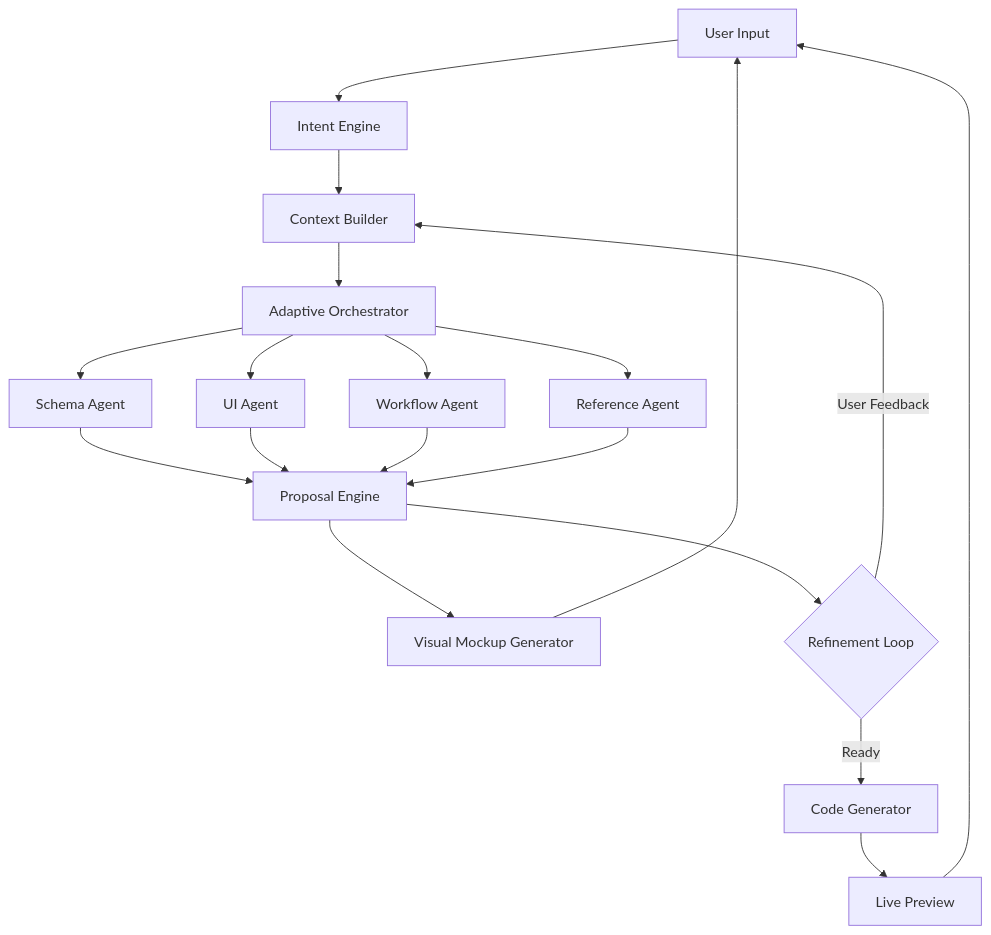
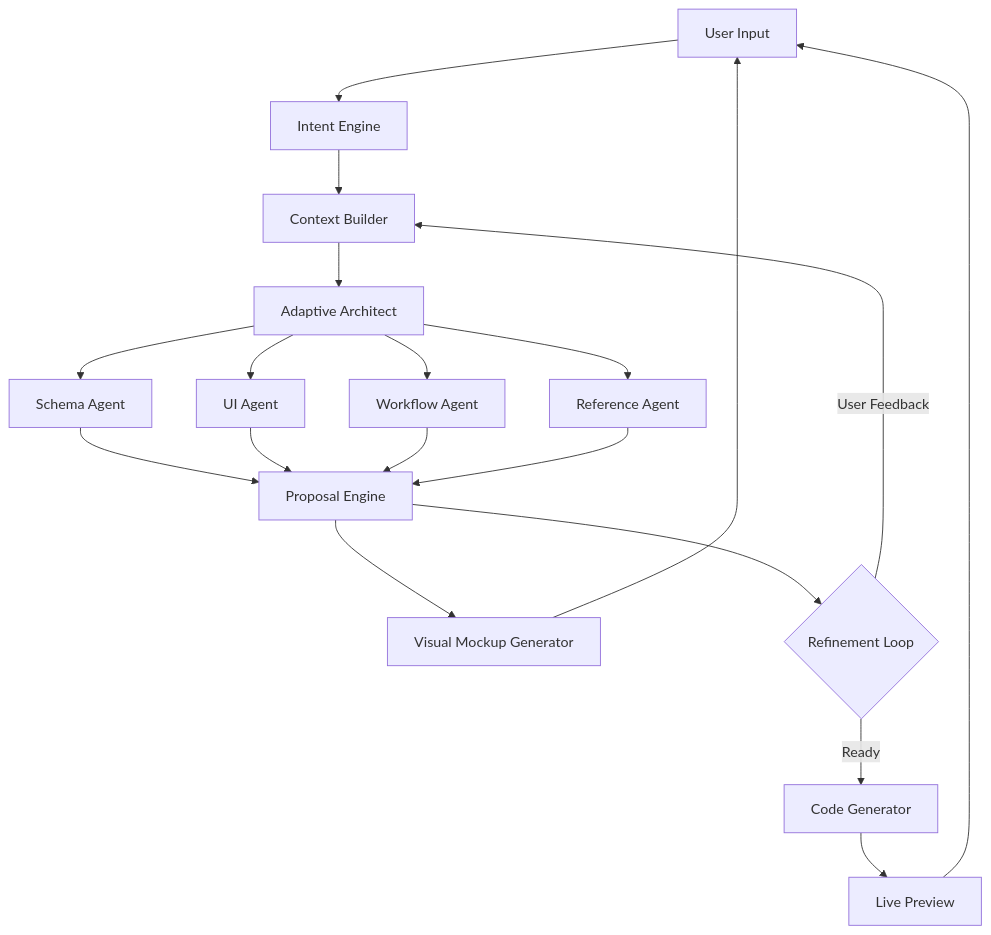
The first of 3 diagrams in .cursor/plans/dynamic_ai_pipeline_b2433775.plan.md (youwenshao/cumulonimbus), drawn with Mermaid before and after one commit. The commit also changed other lines of this file and 12 other files, not shown here.

First line of the commit message:
Update README and refactor scaffolder components to replace 'orchestrator' with 'architect'

````diff
--- a/.cursor/plans/dynamic_ai_pipeline_b2433775.plan.md
+++ b/.cursor/plans/dynamic_ai_pipeline_b2433775.plan.md
@@ -58,26 +58,26 @@
 ```mermaid
 graph TB
     User[User Input] --> IntentEngine[Intent Engine]
     IntentEngine --> ContextBuilder[Context Builder]
-    ContextBuilder --> Orchestrator[Adaptive Orchestrator]
+    ContextBuilder --> Architect[Adaptive Architect]
     
-    Orchestrator --> SchemaAgent[Schema Agent]
-    Orchestrator --> UIAgent[UI Agent]
-    Orchestrator --> WorkflowAgent[Workflow Agent]
-    Orchestrator --> ReferenceAgent[Reference Agent]
+    Architect --> SchemaAgent[Schema Agent]
+    Architect --> UIAgent[UI Agent]
+    Architect --> WorkflowAgent[Workflow Agent]
+    Architect --> ReferenceAgent[Reference Agent]
     
     SchemaAgent --> ProposalEngine[Proposal Engine]
     UIAgent --> ProposalEngine
     WorkflowAgent --> ProposalEngine
     ReferenceAgent --> ProposalEngine
     
     ProposalEngine --> VisualGenerator[Visual Mockup Generator]
     VisualGenerator --> User
     
     ProposalEngine --> RefinementLoop{Refinement Loop}
     RefinementLoop -->|User Feedback| ContextBuilder
     RefinementLoop -->|Ready| CodeGen[Code Generator]
     
     CodeGen --> Preview[Live Preview]
     Preview --> User
 ```
````
